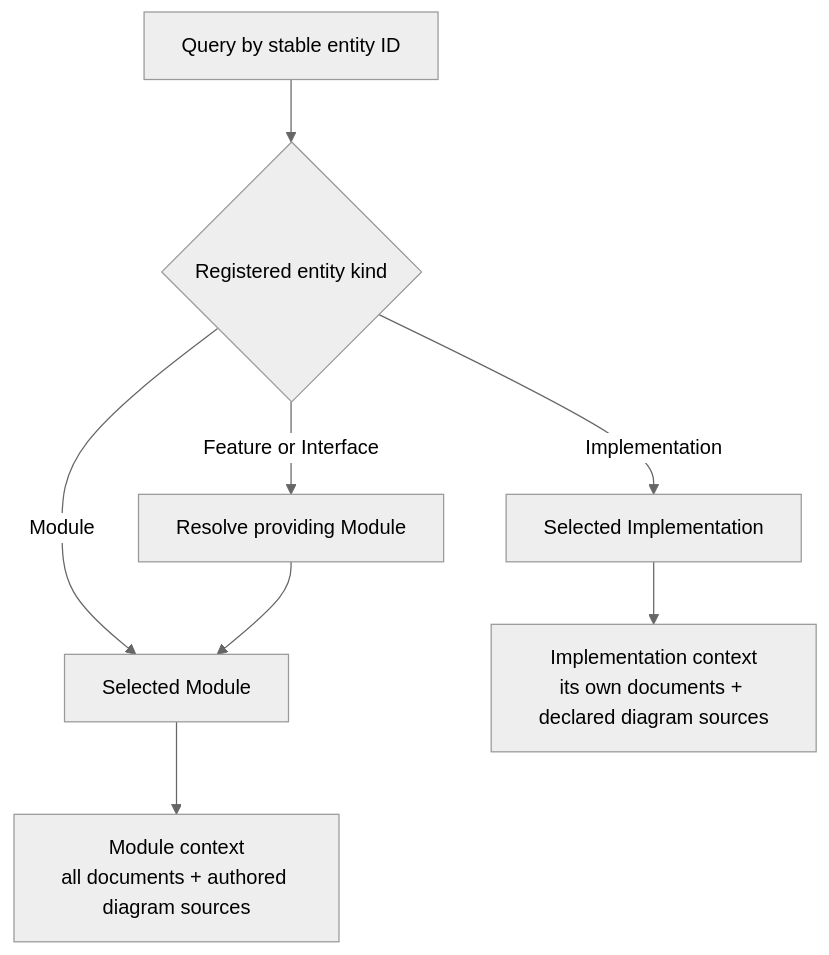
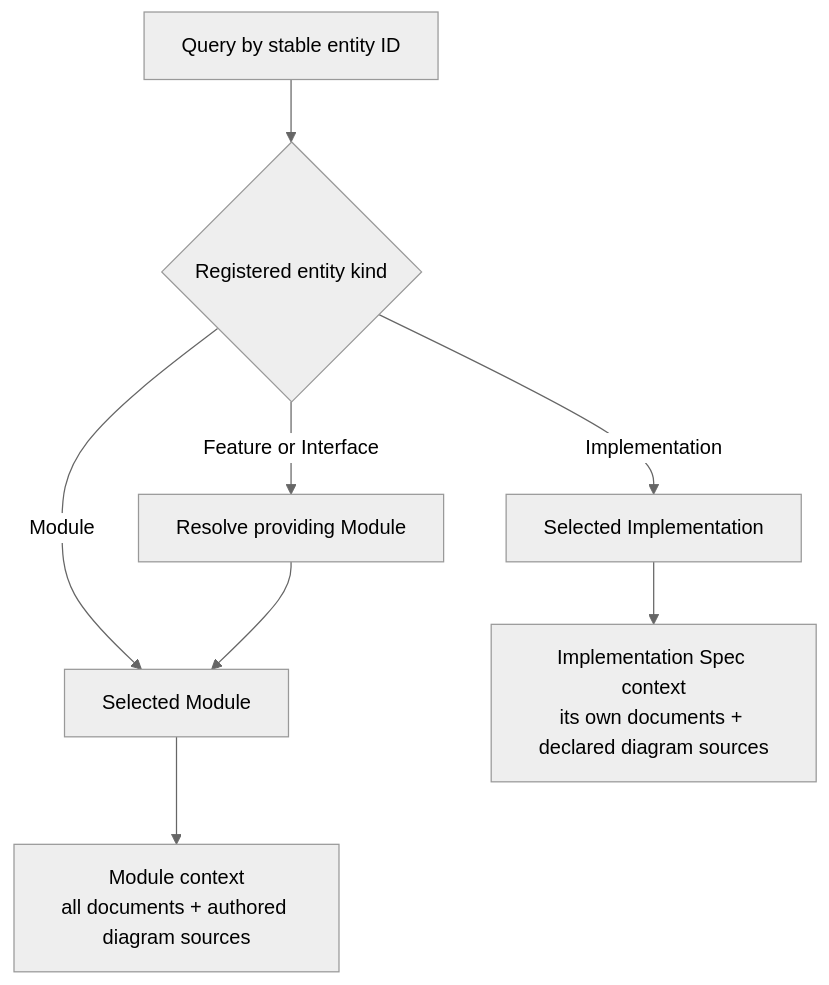
One commit to FTOD/concorde changed the diagram in protocol/spec-management/spec-and-context.md. Above: the diagram before and after it, drawn with Mermaid (neutral theme). The commit also changed other lines of this file and 131 other files, not shown here.

````diff
--- a/protocol/spec-management/spec-and-context.md
+++ b/protocol/spec-management/spec-and-context.md
@@ -41,19 +43,19 @@
 ```mermaid
 flowchart TB
     accTitle: Queryable entities determine their Spec context
     accDescr: A query resolves the registered entity kind. Modules select their own contract context; Features and Interfaces first resolve their providing Module and select that same context. An Implementation query selects its own Implementation Spec documents and any declared authored diagram sources. These are alternative query branches, with no automatic union.
     query["Query by stable entity ID"]
     kind{"Registered entity kind"}
     module["Selected Module"]
     owner["Resolve providing Module"]
     implementation["Selected Implementation"]
     moduleContext["Module context<br/>all documents + authored diagram sources"]
-    implementationContext["Implementation context<br/>its own documents + declared diagram sources"]
+    implementationContext["Implementation Spec context<br/>its own documents + declared diagram sources"]
     query --> kind
     kind -->|Module| module
     kind -->|Feature or Interface| owner
     owner --> module
     kind -->|Implementation| implementation
     module --> moduleContext
     implementation --> implementationContext
 ```
````
